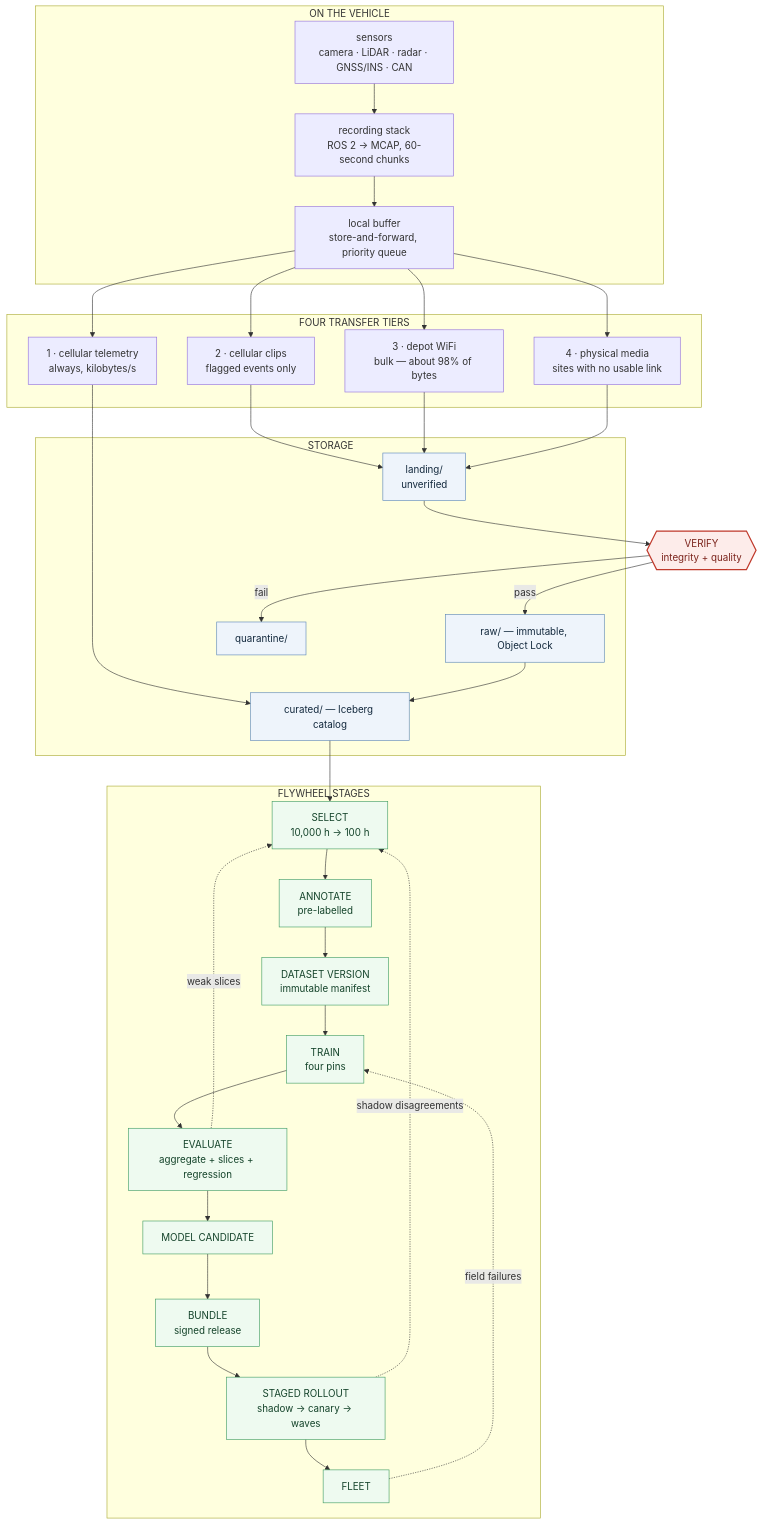
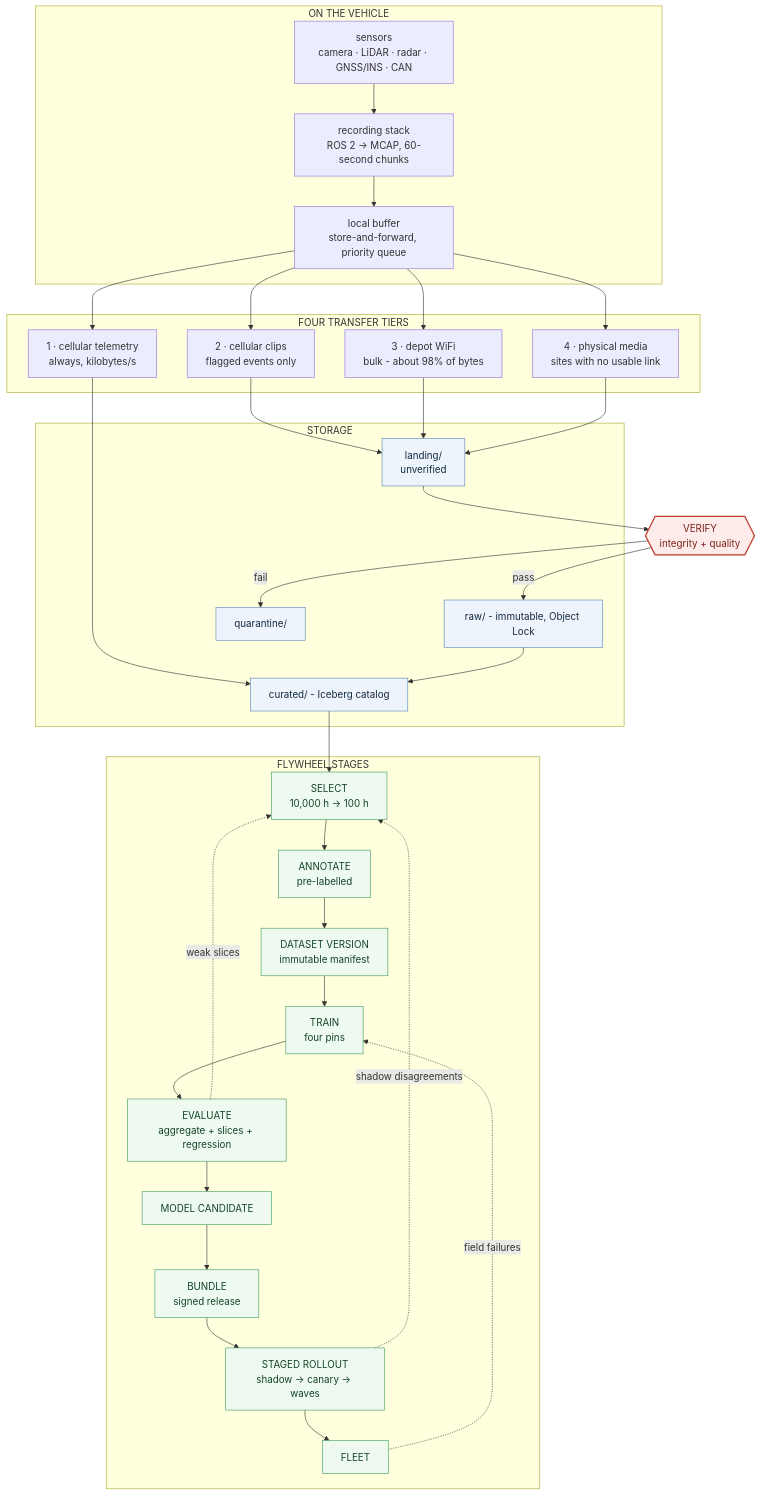
The second of 8 diagrams in .site/docs/technical-design.md (nakshatravyas/zensomy-data-flywheel), drawn with Mermaid before and after one commit. The commit also changed other lines of this file and 9 other files, not shown here.

````diff
--- a/.site/docs/technical-design.md
+++ b/.site/docs/technical-design.md
@@ -55,57 +55,57 @@
 ```mermaid
 graph TB
     subgraph VEH["ON THE VEHICLE"]
         SEN["sensors<br/>camera · LiDAR · radar · GNSS/INS · CAN"]
         REC["recording stack<br/>ROS 2 → MCAP, 60-second chunks"]
         BUF["local buffer<br/>store-and-forward, priority queue"]
         SEN --> REC --> BUF
     end
 
     subgraph TRANSFER["FOUR TRANSFER TIERS"]
         T1["1 · cellular telemetry<br/>always, kilobytes/s"]
         T2["2 · cellular clips<br/>flagged events only"]
-        T3["3 · depot WiFi<br/>bulk — about 98% of bytes"]
+        T3["3 · depot WiFi<br/>bulk - about 98% of bytes"]
         T4["4 · physical media<br/>sites with no usable link"]
     end
 
     subgraph STORE["STORAGE"]
         LAND["landing/<br/>unverified"]
-        RAW["raw/ — immutable, Object Lock"]
+        RAW["raw/ - immutable, Object Lock"]
         QUAR["quarantine/"]
-        CUR["curated/ — Iceberg catalog"]
+        CUR["curated/ - Iceberg catalog"]
     end
 
     GATE1{{"VERIFY<br/>integrity + quality"}}
 
     subgraph PIPE["FLYWHEEL STAGES"]
         SEL["SELECT<br/>10,000 h → 100 h"]
         ANN["ANNOTATE<br/>pre-labelled"]
         DSET["DATASET VERSION<br/>immutable manifest"]
         TRN["TRAIN<br/>four pins"]
         EVAL["EVALUATE<br/>aggregate + slices + regression"]
         CAND["MODEL CANDIDATE"]
         BUND["BUNDLE<br/>signed release"]
         ROLL["STAGED ROLLOUT<br/>shadow → canary → waves"]
         FLEET["FLEET"]
     end
 
     BUF --> T1 & T2 & T3 & T4
     T1 --> CUR
     T2 & T3 & T4 --> LAND
     LAND --> GATE1
     GATE1 -->|"pass"| RAW
     GATE1 -->|"fail"| QUAR
     RAW --> CUR
     CUR --> SEL --> ANN --> DSET --> TRN --> EVAL --> CAND --> BUND --> ROLL --> FLEET
 
     FLEET -.->|"field failures"| TRN
     EVAL -.->|"weak slices"| SEL
     ROLL -.->|"shadow disagreements"| SEL
 
     classDef gate fill:#fdecea,stroke:#c0392b,stroke-width:2px,color:#7b241c
     classDef store fill:#eef4fb,stroke:#5b86b8,color:#13293d
     classDef pipe fill:#eefaf0,stroke:#3f9c62,color:#14432a
     class GATE1 gate
     class LAND,RAW,QUAR,CUR store
     class SEL,ANN,DSET,TRN,EVAL,CAND,BUND,ROLL,FLEET pipe
 ```
````
